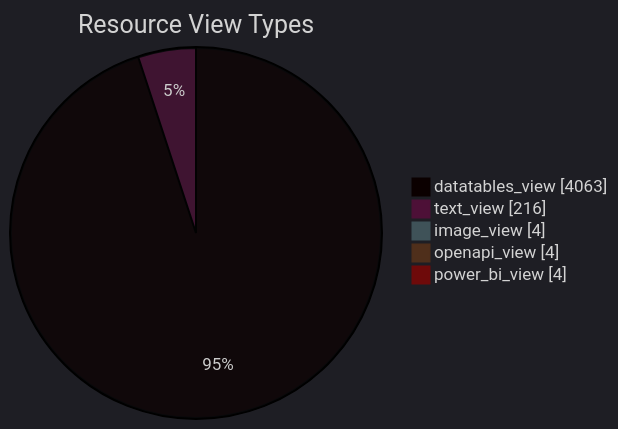
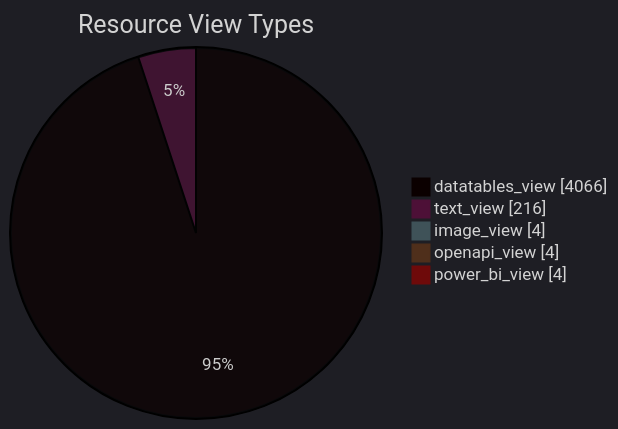
The diagram in datastore_tracker/resource_view_types_pie_chart.md (open-data/analytics-corporate-reporting), drawn with Mermaid before and after one commit. The commit also changed 9 other files, not shown here.

````diff
--- a/datastore_tracker/resource_view_types_pie_chart.md
+++ b/datastore_tracker/resource_view_types_pie_chart.md
@@ -2,12 +2,12 @@
 ```mermaid
 ---
 config:
   theme: dark
 ---
 pie showData title Resource View Types
-    "datatables_view": 4063
+    "datatables_view": 4066
     "text_view": 216
     "image_view": 4
     "openapi_view": 4
     "power_bi_view": 4
 ```
````
